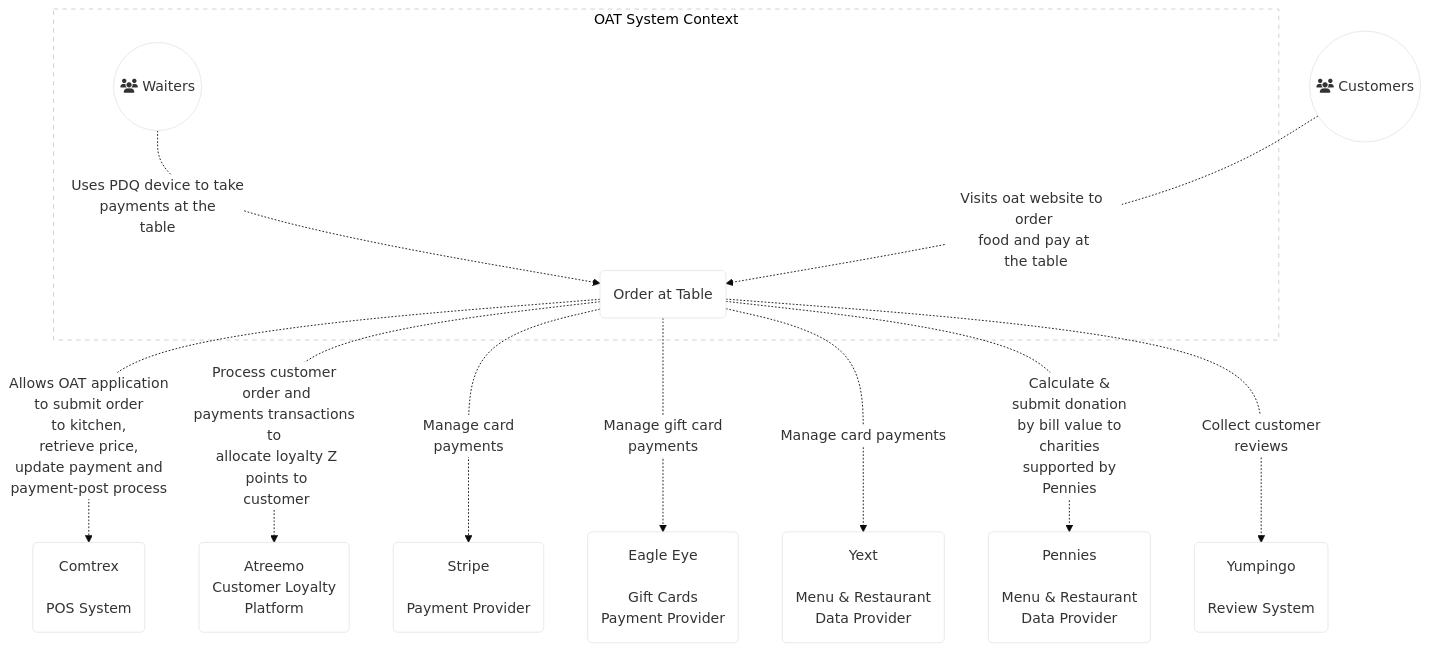
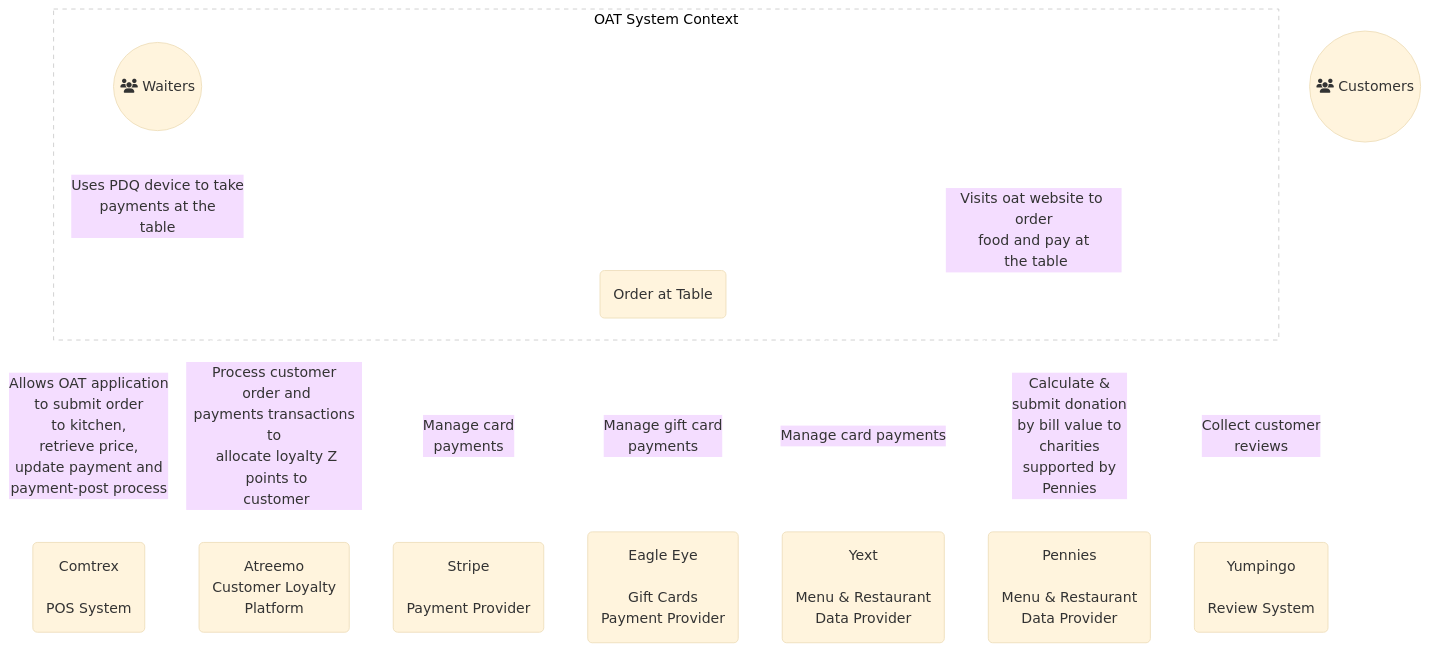
Before and after one commit to anandakumarpalanisamy/css-recipes: the first of 5 diagrams in README.md, drawn with Mermaid.

````diff
--- a/README.md
+++ b/README.md
@@ -3,18 +3,18 @@
 ```mermaid
-%%{init: {'theme':'base','themeVariables': { 'primaryColor': '#ffffff'}}}%%
+%%{init: {'theme':'base','themeVariables': { 'lineColor': '#ffffff'}}}%%
 graph TB
     subgraph SystemContext [OAT System Context]
     style SystemContext fill:#fff,stroke:#ccc,stroke-width:1px,color:#000,stroke-dasharray: 5 5
     Waiter((fa:fa-users Waiters)) -. "Uses PDQ device to take<br/>payments at the<br/>table" .-> OAT(Order at Table)
     end
 
     Customer((fa:fa-users Customers)) -. "Visits oat website to order<br/>food and pay at<br/> the table" .-> OAT(Order at Table)
     OAT(Order at Table) -. "Allows OAT application<br/> to submit order<br/> to kitchen,<br/> retrieve price,<br/> update payment and<br/> payment-post process" .-> Comtrex(Comtrex<br/></br/>POS System )
     OAT(Order at Table) -. "Process customer<br/> order and<br/> payments transactions to<br/> allocate loyalty Z<br/> points to<br/> customer" .-> Atreemo(Atreemo <br/> Customer Loyalty <br/> Platform)
     OAT(Order at Table) -. "Manage card<br/> payments" .-> Stripe(Stripe <br/><br/> Payment Provider)
     OAT(Order at Table) -. "Manage gift card<br/> payments" .-> EagleEye(Eagle Eye <br/><br/> Gift Cards<br/> Payment Provider)
     OAT(Order at Table) -. "Manage card payments" .-> Yext(Yext <br/><br/> Menu & Restaurant<br> Data Provider)
     OAT(Order at Table) -. "Calculate &<br/> submit donation<br/> by bill value to<br/> charities<br/> supported by<br/> Pennies" .-> Pennies(Pennies <br/><br/> Menu & Restaurant<br> Data Provider)
     OAT(Order at Table) -. "Collect customer<br/> reviews" .-> Yumpingo(Yumpingo <br/><br/> Review System)
     
 ```
````
